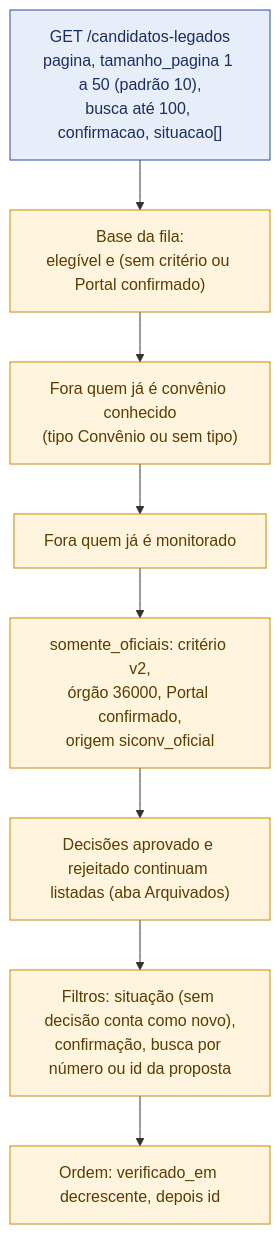
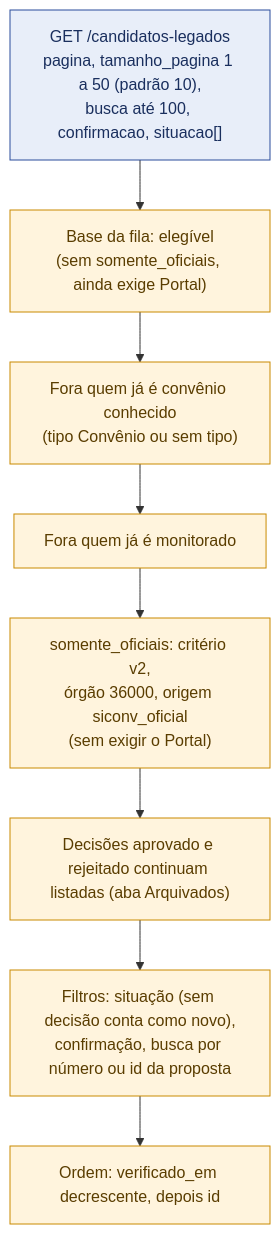
The tenth of 20 diagrams in docs/mermaid/radar-instrumentos.md (devs-ministerio/par_equipamentos), drawn with Mermaid before and after one commit. The commit also changed other lines of this file and 13 other files, not shown here.

First line of the commit message:
feat(radar): candidato aparece sem esperar o Portal; aprovar segue travado

````diff
--- a/docs/mermaid/radar-instrumentos.md
+++ b/docs/mermaid/radar-instrumentos.md
@@ -258,13 +258,13 @@
 ```mermaid
 flowchart TB
     classDef regra fill:#FFF4DD,stroke:#C98A00,color:#5a3d00
     classDef tela fill:#E8EEF9,stroke:#2A4D9B,color:#1a2f5e
 
-    Q["GET /candidatos-legados<br/>pagina, tamanho_pagina 1 a 50 (padrão 10),<br/>busca até 100, confirmacao, situacao[]"]:::tela --> BASE["Base da fila:<br/>elegível e (sem critério ou Portal confirmado)"]:::regra
+    Q["GET /candidatos-legados<br/>pagina, tamanho_pagina 1 a 50 (padrão 10),<br/>busca até 100, confirmacao, situacao[]"]:::tela --> BASE["Base da fila: elegível<br/>(sem somente_oficiais, ainda exige Portal)"]:::regra
     BASE --> F1["Fora quem já é convênio conhecido<br/>(tipo Convênio ou sem tipo)"]:::regra
     F1 --> F2["Fora quem já é monitorado"]:::regra
-    F2 --> F3["somente_oficiais: critério v2,<br/>órgão 36000, Portal confirmado,<br/>origem siconv_oficial"]:::regra
+    F2 --> F3["somente_oficiais: critério v2,<br/>órgão 36000, origem siconv_oficial<br/>(sem exigir o Portal)"]:::regra
     F3 --> F4["Decisões aprovado e rejeitado continuam listadas (aba Arquivados)"]:::regra
     F4 --> F5["Filtros: situação (sem decisão conta como novo),<br/>confirmação, busca por número ou id da proposta"]:::regra
     F5 --> ORD["Ordem: verificado_em decrescente, depois id"]:::regra
 ```
````
